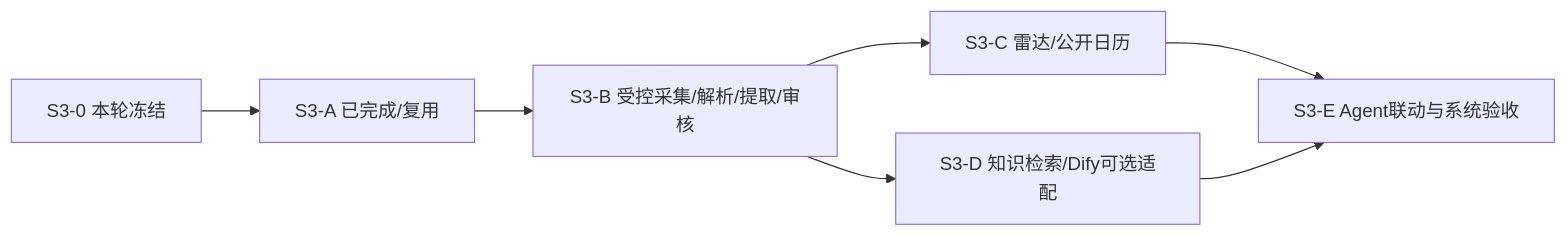
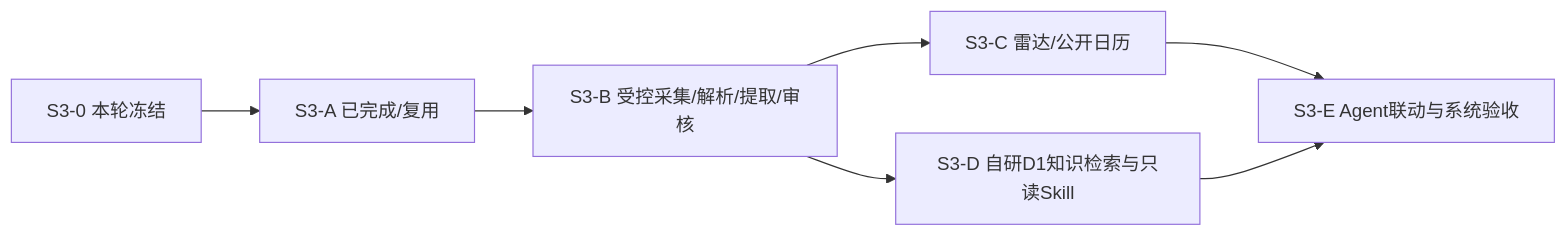
Before and after one commit to zhujunkui1-del/GDUFS_CampusOS: the second of 2 diagrams in docs/S3_0_ARCHITECTURE_BASELINE.md, drawn with Mermaid. The commit also changed other lines of this file and 33 other files, not shown here.

Commit message:
docs: retire Dify and freeze native D1 retrieval roadmap

````diff
--- a/docs/S3_0_ARCHITECTURE_BASELINE.md
+++ b/docs/S3_0_ARCHITECTURE_BASELINE.md
@@ -167,9 +168,9 @@
 ```mermaid
 flowchart LR
   Freeze[S3-0 本轮冻结] --> A[S3-A 已完成/复用]
   A --> B[S3-B 受控采集/解析/提取/审核]
   B --> C[S3-C 雷达/公开日历]
-  B --> D[S3-D 知识检索/Dify可选适配]
+  B --> D[S3-D 自研D1知识检索与只读Skill]
   C --> E[S3-E Agent联动与系统验收]
   D --> E
 ```
````
